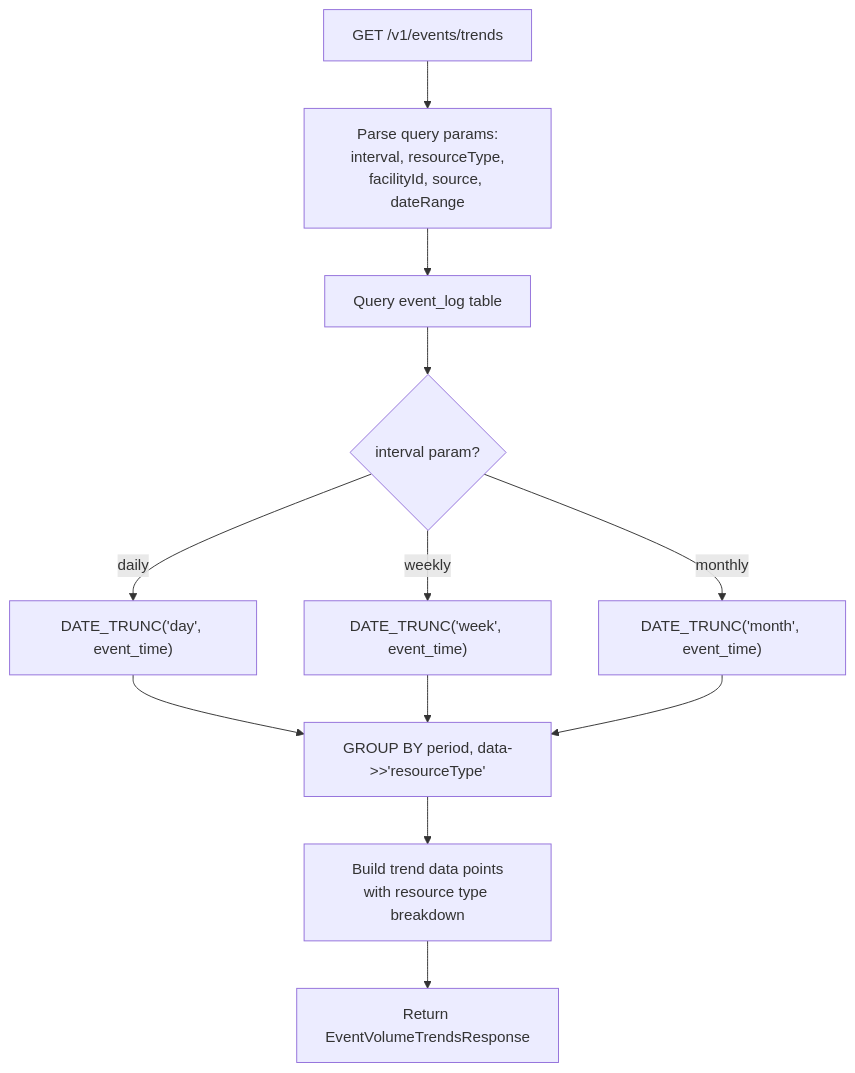
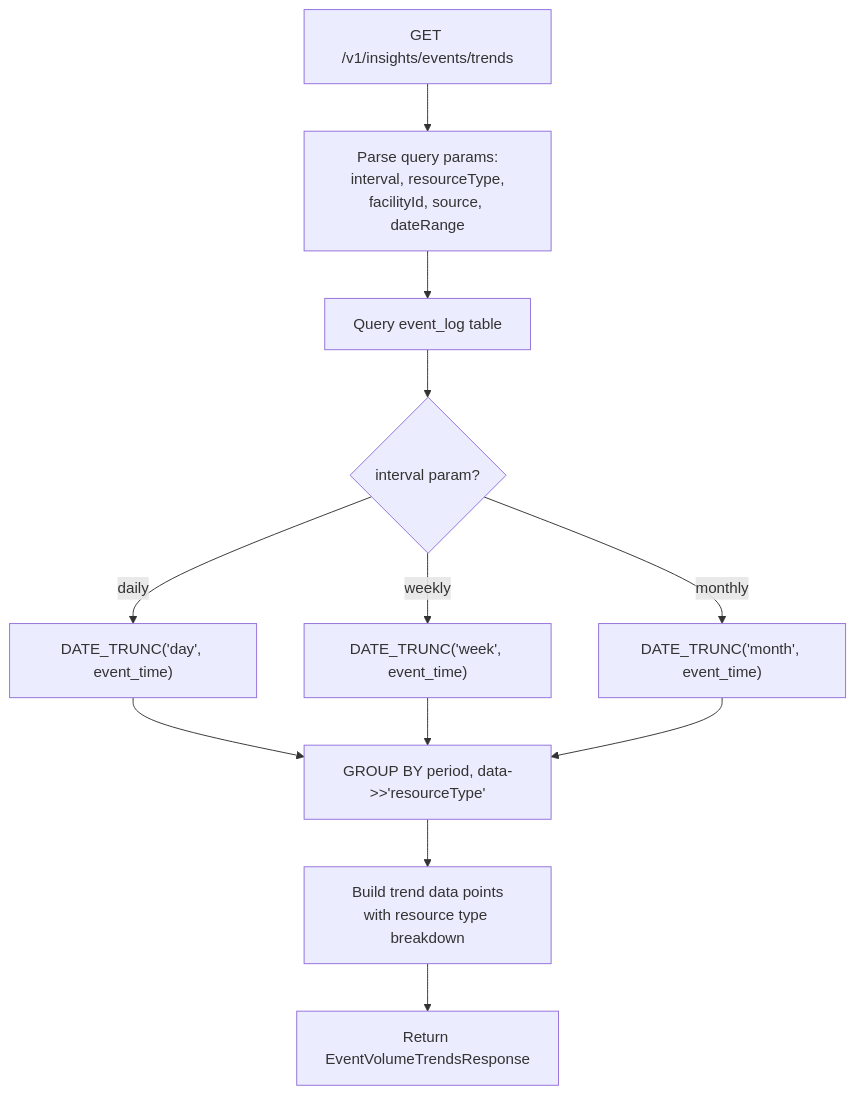
The ninth of 27 diagrams in docs/flow-diagrams.md (AjishaVayoli-Tarento/cce-insights-service), drawn with Mermaid before and after one commit. The commit also changed other lines of this file and 27 other files, not shown here.

````diff
--- a/docs/flow-diagrams.md
+++ b/docs/flow-diagrams.md
@@ -186,16 +186,16 @@
 ```mermaid
 flowchart TD
-    A[GET /v1/events/trends] --> B[Parse query params:<br/>interval, resourceType,<br/>facilityId, source, dateRange]
+    A[GET /v1/insights/events/trends] --> B[Parse query params:<br/>interval, resourceType,<br/>facilityId, source, dateRange]
     B --> C[Query event_log table]
     C --> D{interval param?}
     D -- daily --> E["DATE_TRUNC('day', event_time)"]
     D -- weekly --> F["DATE_TRUNC('week', event_time)"]
     D -- monthly --> G["DATE_TRUNC('month', event_time)"]
 
     E --> H["GROUP BY period, data->>'resourceType'"]
     F --> H
     G --> H
 
     H --> I[Build trend data points<br/>with resource type breakdown]
     I --> J[Return EventVolumeTrendsResponse]
 ```
````
